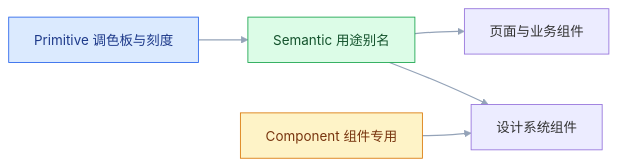
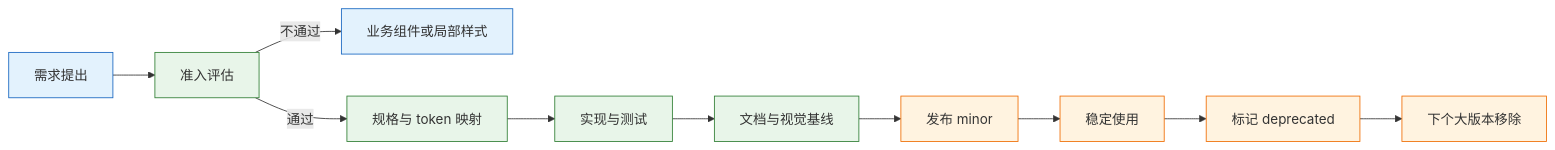
The third of 3 diagrams in blog/src/notes/02-UI/03-设计系统/01-设计系统与组件.md (jimbosuper/studynotes), drawn with Mermaid before and after one commit. The commit also changed other lines of this file and 367 other files, not shown here.

````diff
--- a/blog/src/notes/02-UI/03-设计系统/01-设计系统与组件.md
+++ b/blog/src/notes/02-UI/03-设计系统/01-设计系统与组件.md
@@ -105,18 +454,18 @@
 ```mermaid
 flowchart LR
-    classDef primitive fill:#DBEAFE,stroke:#2563EB,color:#1E3A8A
-    classDef semantic fill:#DCFCE7,stroke:#16A34A,color:#14532D
-    classDef component fill:#FEF3C7,stroke:#D97706,color:#78350F
-
-    P["Primitive 调色板与刻度"]:::primitive
-    S["Semantic 用途别名"]:::semantic
-    C["Component 组件专用"]:::component
-    Page["页面与业务组件"]
-    Comp["设计系统组件"]
-
-    P --> S
-    S --> Page
-    S --> Comp
-    C --> Comp
-    linkStyle default stroke:#94A3B8,stroke-width:1.5px
+    A["需求提出"] --> B["准入评估"]
+    B -->|"不通过"| C["业务组件或局部样式"]
+    B -->|"通过"| D["规格与 token 映射"]
+    D --> E["实现与测试"]
+    E --> F["文档与视觉基线"]
+    F --> G["发布 minor"]
+    G --> H["稳定使用"]
+    H --> I["标记 deprecated"]
+    I --> J["下个大版本移除"]
+    classDef client fill:#e3f2fd,stroke:#1565c0;
+    classDef engine fill:#e8f5e9,stroke:#2e7d32;
+    classDef image fill:#fff3e0,stroke:#ef6c00;
+    class A,C client
+    class B,D,E,F engine
+    class G,H,I,J image
 ```
````
